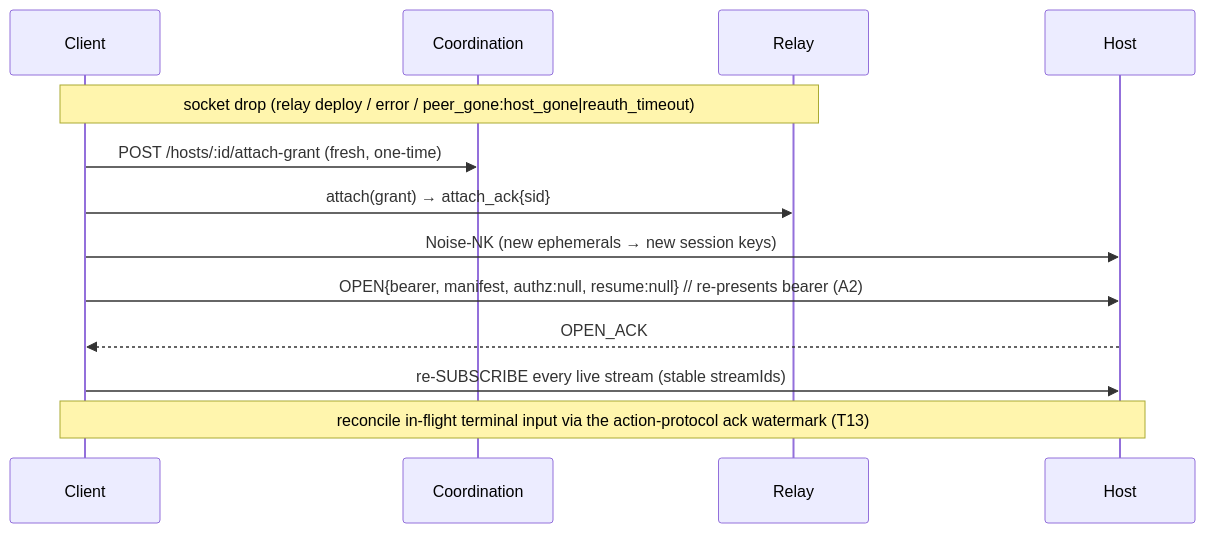
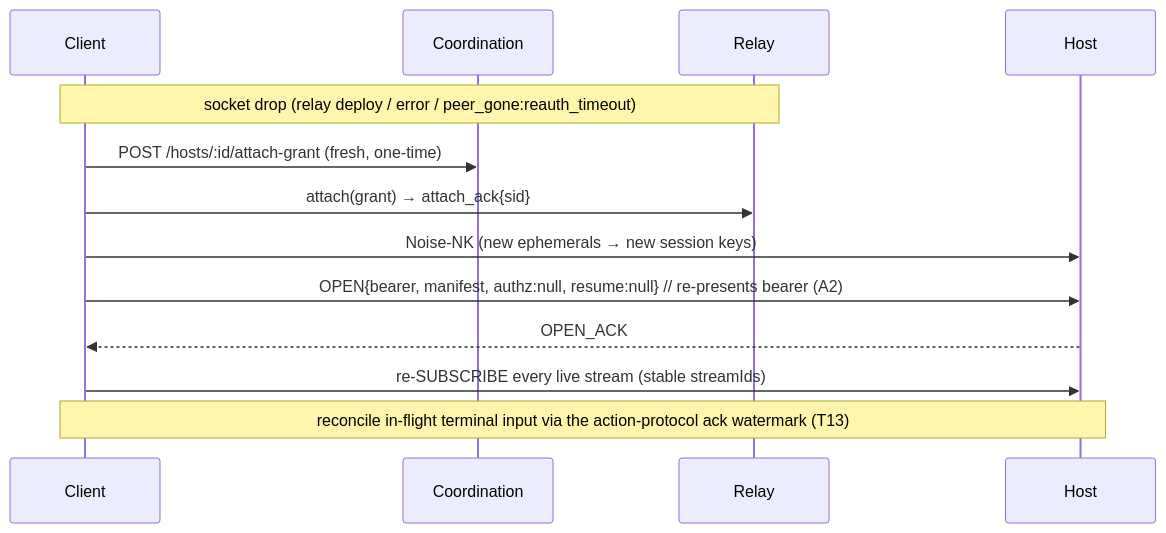
The second of 2 diagrams in clients/shared/host-client/REMOTE-TRANSPORT.md (traycerai/traycer), drawn with Mermaid before and after one commit. The commit also changed other lines of this file and 2 other files, not shown here.

First line of the commit message:
fix(protocol): park a remote session on host_detached instead of redialling

````diff
--- a/clients/shared/host-client/REMOTE-TRANSPORT.md
+++ b/clients/shared/host-client/REMOTE-TRANSPORT.md
@@ -242,15 +242,15 @@
 ```mermaid
 sequenceDiagram
   participant C as Client
   participant CS as Coordination
   participant R as Relay
   participant H as Host
-  Note over C,R: socket drop (relay deploy / error / peer_gone:host_gone|reauth_timeout)
+  Note over C,R: socket drop (relay deploy / error / peer_gone:reauth_timeout)
   C->>CS: POST /hosts/:id/attach-grant (fresh, one-time)
   C->>R: attach(grant) → attach_ack{sid}
   C->>H: Noise-NK (new ephemerals → new session keys)
   C->>H: OPEN{bearer, manifest, authz:null, resume:null}   // re-presents bearer (A2)
   H-->>C: OPEN_ACK
   C->>H: re-SUBSCRIBE every live stream (stable streamIds)
   Note over C,H: reconcile in-flight terminal input via the action-protocol ack watermark (T13)
 ```
````
